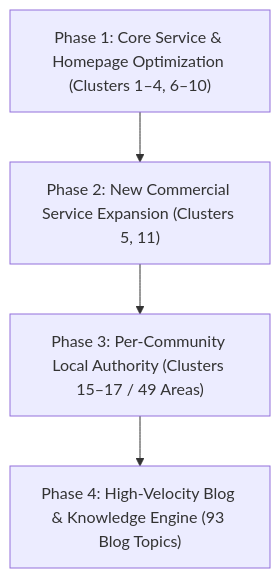
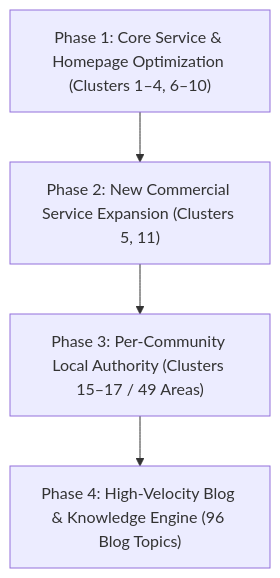
The diagram in docs/seo/roadmap.md (Kashoo889/adnanseo), drawn with Mermaid before and after one commit. The commit also changed other lines of this file and 5 other files, not shown here.

````diff
--- a/docs/seo/roadmap.md
+++ b/docs/seo/roadmap.md
@@ -11,6 +11,6 @@
 ```mermaid
 graph TD
     A["Phase 1: Core Service & Homepage Optimization (Clusters 1–4, 6–10)"] --> B["Phase 2: New Commercial Service Expansion (Clusters 5, 11)"]
     B --> C["Phase 3: Per-Community Local Authority (Clusters 15–17 / 49 Areas)"]
-    C --> D["Phase 4: High-Velocity Blog & Knowledge Engine (93 Blog Topics)"]
+    C --> D["Phase 4: High-Velocity Blog & Knowledge Engine (96 Blog Topics)"]
 ```
````
